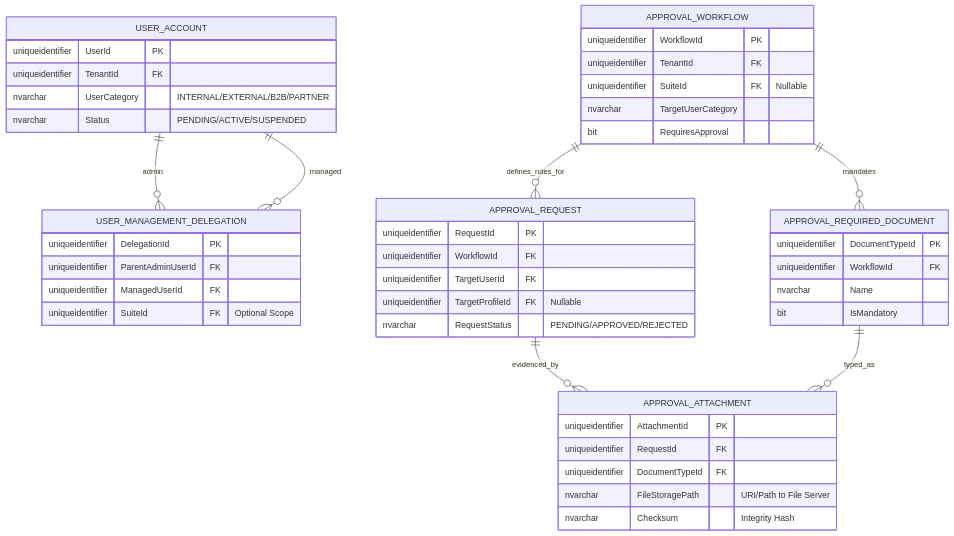
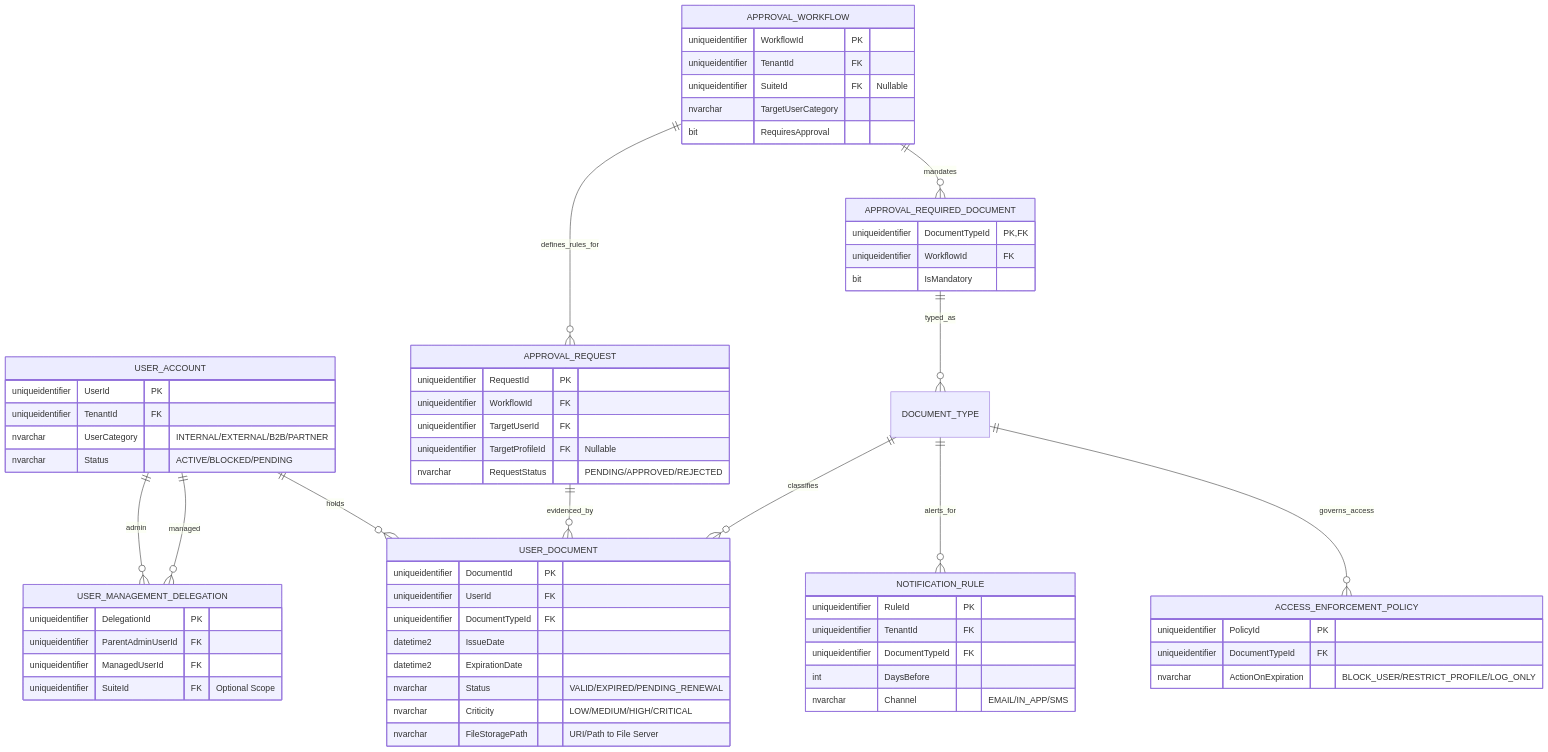
The fourth of 4 diagrams in architecture/blueprints/database-design-er.md (beyondnetcode/ums), drawn with Mermaid before and after one commit. The commit also changed other lines of this file and 4 other files, not shown here.

Commit message:
feat(auth): implement document lifecycle and automated access enforcement (ADR 0030)

````diff
--- a/architecture/blueprints/database-design-er.md
+++ b/architecture/blueprints/database-design-er.md
@@ -133,54 +133,75 @@
 ```mermaid
 erDiagram
     USER_ACCOUNT ||--o{ USER_MANAGEMENT_DELEGATION : "admin"
     USER_ACCOUNT ||--o{ USER_MANAGEMENT_DELEGATION : "managed"
     APPROVAL_WORKFLOW ||--o{ APPROVAL_REQUEST : "defines_rules_for"
     APPROVAL_WORKFLOW ||--o{ APPROVAL_REQUIRED_DOCUMENT : "mandates"
-    APPROVAL_REQUEST ||--o{ APPROVAL_ATTACHMENT : "evidenced_by"
-    APPROVAL_REQUIRED_DOCUMENT ||--o{ APPROVAL_ATTACHMENT : "typed_as"
+    APPROVAL_REQUEST ||--o{ USER_DOCUMENT : "evidenced_by"
+    APPROVAL_REQUIRED_DOCUMENT ||--o{ DOCUMENT_TYPE : "typed_as"
+    
+    USER_ACCOUNT ||--o{ USER_DOCUMENT : "holds"
+    DOCUMENT_TYPE ||--o{ USER_DOCUMENT : "classifies"
+    DOCUMENT_TYPE ||--o{ NOTIFICATION_RULE : "alerts_for"
+    DOCUMENT_TYPE ||--o{ ACCESS_ENFORCEMENT_POLICY : "governs_access"
     
     USER_ACCOUNT {
         uniqueidentifier UserId PK
         uniqueidentifier TenantId FK
         nvarchar UserCategory "INTERNAL/EXTERNAL/B2B/PARTNER"
-        nvarchar Status "PENDING/ACTIVE/SUSPENDED"
+        nvarchar Status "ACTIVE/BLOCKED/PENDING"
     }
 
     USER_MANAGEMENT_DELEGATION {
         uniqueidentifier DelegationId PK
         uniqueidentifier ParentAdminUserId FK
         uniqueidentifier ManagedUserId FK
         uniqueidentifier SuiteId FK "Optional Scope"
     }
     
     APPROVAL_WORKFLOW {
         uniqueidentifier WorkflowId PK
         uniqueidentifier TenantId FK
         uniqueidentifier SuiteId FK "Nullable"
         nvarchar TargetUserCategory
         bit RequiresApproval
     }
 
     APPROVAL_REQUIRED_DOCUMENT {
-        uniqueidentifier DocumentTypeId PK
+        uniqueidentifier DocumentTypeId PK, FK
         uniqueidentifier WorkflowId FK
-        nvarchar Name
         bit IsMandatory
     }
     
     APPROVAL_REQUEST {
         uniqueidentifier RequestId PK
         uniqueidentifier WorkflowId FK
         uniqueidentifier TargetUserId FK
         uniqueidentifier TargetProfileId FK "Nullable"
         nvarchar RequestStatus "PENDING/APPROVED/REJECTED"
     }
 
-    APPROVAL_ATTACHMENT {
-        uniqueidentifier AttachmentId PK
-        uniqueidentifier RequestId FK
+    USER_DOCUMENT {
+        uniqueidentifier DocumentId PK
+        uniqueidentifier UserId FK
         uniqueidentifier DocumentTypeId FK
+        datetime2 IssueDate
+        datetime2 ExpirationDate
+        nvarchar Status "VALID/EXPIRED/PENDING_RENEWAL"
+        nvarchar Criticity "LOW/MEDIUM/HIGH/CRITICAL"
         nvarchar FileStoragePath "URI/Path to File Server"
-        nvarchar Checksum "Integrity Hash"
+    }
+
+    NOTIFICATION_RULE {
+        uniqueidentifier RuleId PK
+        uniqueidentifier TenantId FK
+        uniqueidentifier DocumentTypeId FK
+        int DaysBefore
+        nvarchar Channel "EMAIL/IN_APP/SMS"
+    }
+
+    ACCESS_ENFORCEMENT_POLICY {
+        uniqueidentifier PolicyId PK
+        uniqueidentifier DocumentTypeId FK
+        nvarchar ActionOnExpiration "BLOCK_USER/RESTRICT_PROFILE/LOG_ONLY"
     }
 ```
````
